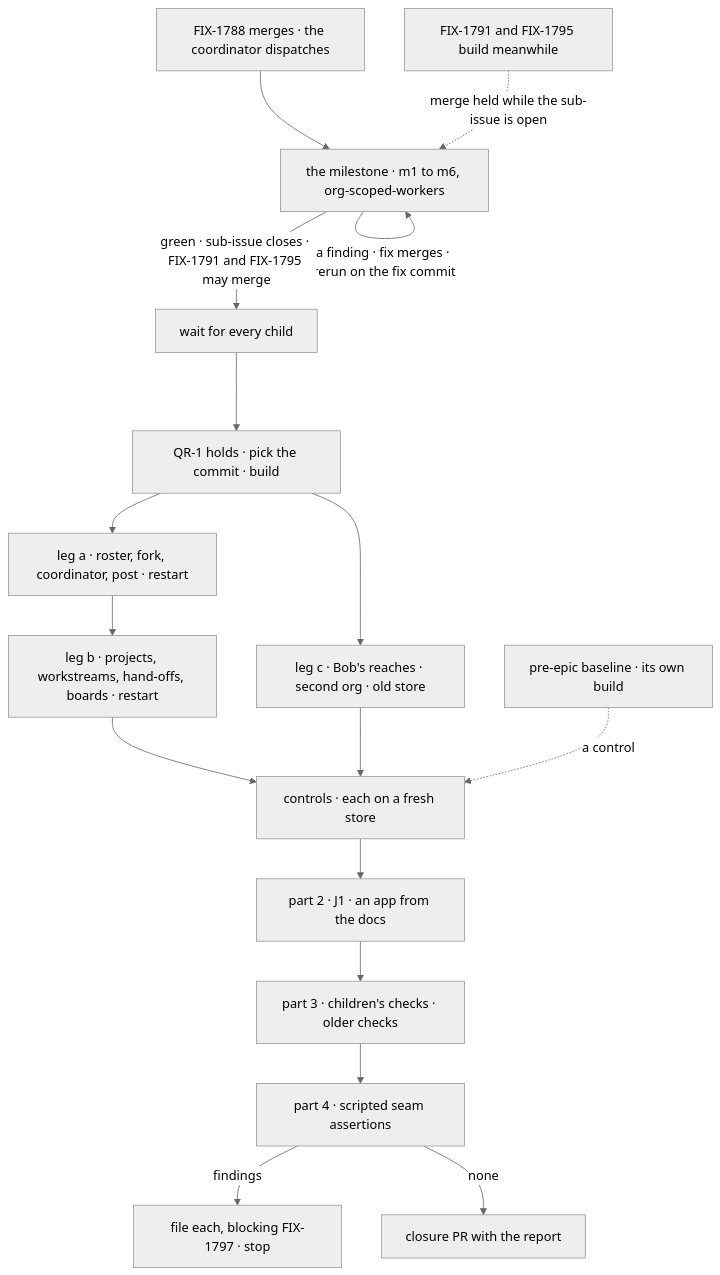
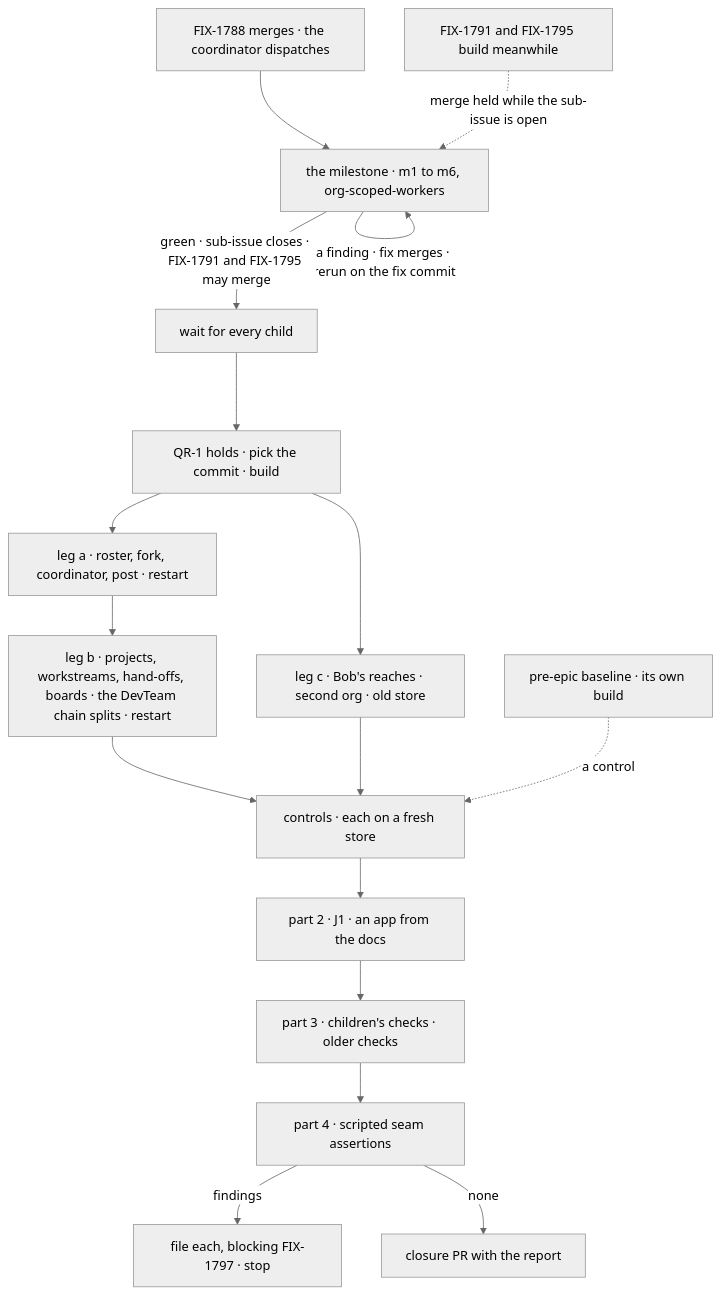
The diagram in specs/issues/FIX-1797/PLAN.md (fixpoint-labs/flow-state-dev), drawn with Mermaid (neutral theme) before and after one commit. The commit also changed other lines of this file and 4 other files, not shown here.

````diff
--- a/specs/issues/FIX-1797/PLAN.md
+++ b/specs/issues/FIX-1797/PLAN.md
@@ -23,19 +23,19 @@
 ```mermaid
 flowchart TD
   M0["FIX-1788 merges · the coordinator dispatches"] --> MS["the milestone · m1 to m6, org-scoped-workers"]
   MS -->|"a finding · fix merges · rerun on the fix commit"| MS
   MS -->|"green · sub-issue closes · FIX-1791 and FIX-1795 may merge"| W["wait for every child"]
   M1["FIX-1791 and FIX-1795 build meanwhile"] -.->|"merge held while the sub-issue is open"| MS
   W --> M["QR-1 holds · pick the commit · build"]
   M --> A["leg a · roster, fork, coordinator, post · restart"]
-  A --> B["leg b · projects, workstreams, hand-offs, boards · restart"]
+  A --> B["leg b · projects, workstreams, hand-offs, boards · the DevTeam chain splits · restart"]
   M --> C["leg c · Bob's reaches · second org · old store"]
   B --> K["controls · each on a fresh store"]
   C --> K
   T["pre-epic baseline · its own build"] -.->|"a control"| K
   K --> J["part 2 · J1 · an app from the docs"]
   J --> P3["part 3 · children's checks · older checks"]
   P3 --> P4["part 4 · scripted seam assertions"]
   P4 -->|"findings"| F["file each, blocking FIX-1797 · stop"]
   P4 -->|"none"| PR["closure PR with the report"]
 ```
````
